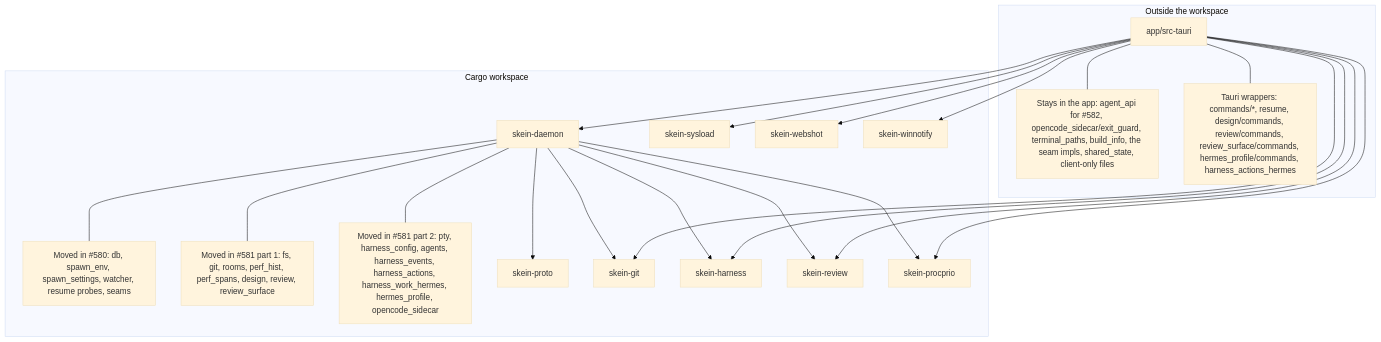
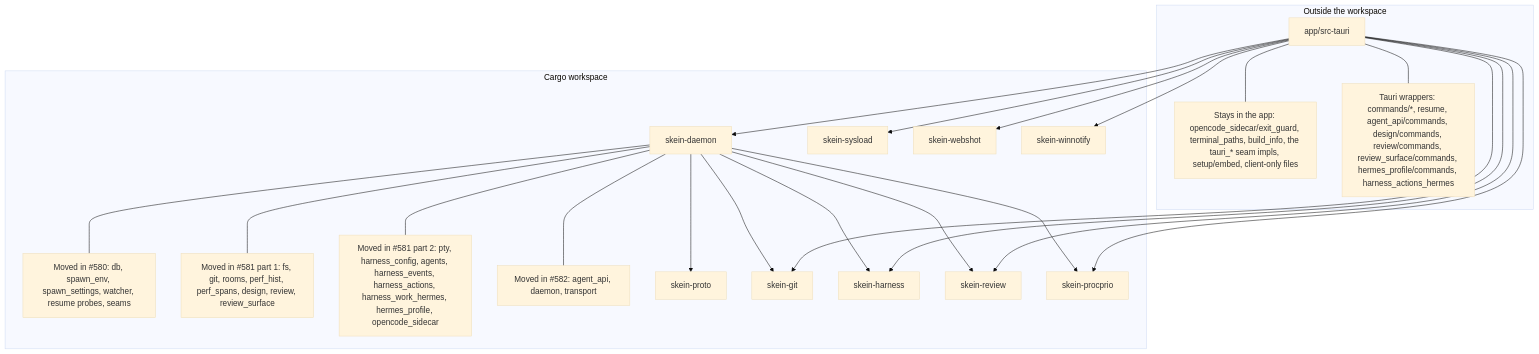
The first of 2 diagrams in docs/skeind-crates.md (timeloop-vault/skein), drawn with Mermaid (base theme) before and after one commit. The commit also changed other lines of this file and 98 other files, not shown here.

First line of the commit message:
refactor(#582): move the agent API into skein-daemon and embed the daemon in the app (#725)

````diff
--- a/docs/skeind-crates.md
+++ b/docs/skeind-crates.md
@@ -16,40 +18,42 @@
 ```mermaid
 flowchart TD
     subgraph OUT["Outside the workspace"]
         APP["app/src-tauri"]
-        STAYS["Stays in the app: agent_api for #582, opencode_sidecar/exit_guard, terminal_paths, build_info, the seam impls, shared_state, client-only files"]
-        WRAP["Tauri wrappers: commands/*, resume, design/commands, review/commands, review_surface/commands, hermes_profile/commands, harness_actions_hermes"]
+        STAYS["Stays in the app: opencode_sidecar/exit_guard, terminal_paths, build_info, the tauri_* seam impls, setup/embed, client-only files"]
+        WRAP["Tauri wrappers: commands/*, resume, agent_api/commands, design/commands, review/commands, review_surface/commands, hermes_profile/commands, harness_actions_hermes"]
     end
     subgraph WS["Cargo workspace"]
         DAEMON["skein-daemon"]
         MOVED1["Moved in #580: db, spawn_env, spawn_settings, watcher, resume probes, seams"]
         MOVED2["Moved in #581 part 1: fs, git, rooms, perf_hist, perf_spans, design, review, review_surface"]
         MOVED3["Moved in #581 part 2: pty, harness_config, agents, harness_events, harness_actions, harness_work_hermes, hermes_profile, opencode_sidecar"]
+        MOVED4["Moved in #582: agent_api, daemon, transport"]
         PROTO["skein-proto"]
         GIT["skein-git"]
         HARNESS["skein-harness"]
         REVIEW["skein-review"]
         PROCPRIO["skein-procprio"]
         SYSLOAD["skein-sysload"]
         WEBSHOT["skein-webshot"]
         WINNOTIFY["skein-winnotify"]
     end
     APP --> DAEMON
     APP --> GIT
     APP --> HARNESS
     APP --> REVIEW
     APP --> PROCPRIO
     APP --> SYSLOAD
     APP --> WEBSHOT
     APP --> WINNOTIFY
     DAEMON --> PROTO
     DAEMON --> HARNESS
     DAEMON --> GIT
     DAEMON --> REVIEW
     DAEMON --> PROCPRIO
     DAEMON --- MOVED1
     DAEMON --- MOVED2
     DAEMON --- MOVED3
+    DAEMON --- MOVED4
     APP --- WRAP
     APP --- STAYS
 ```
````
